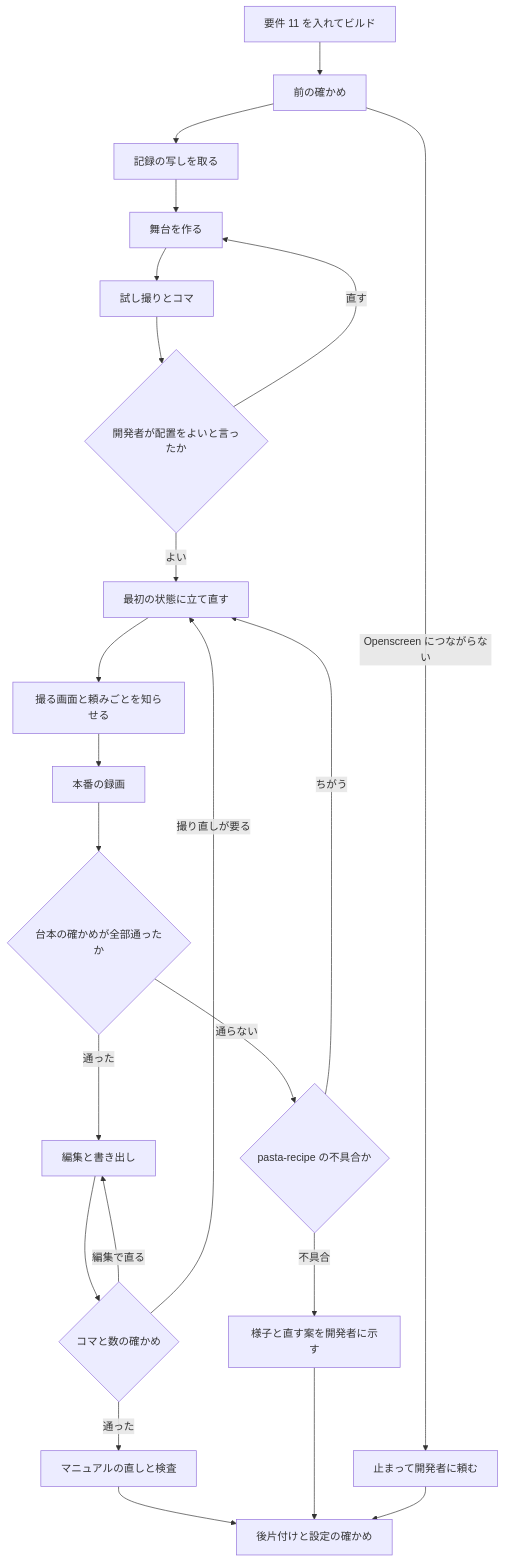
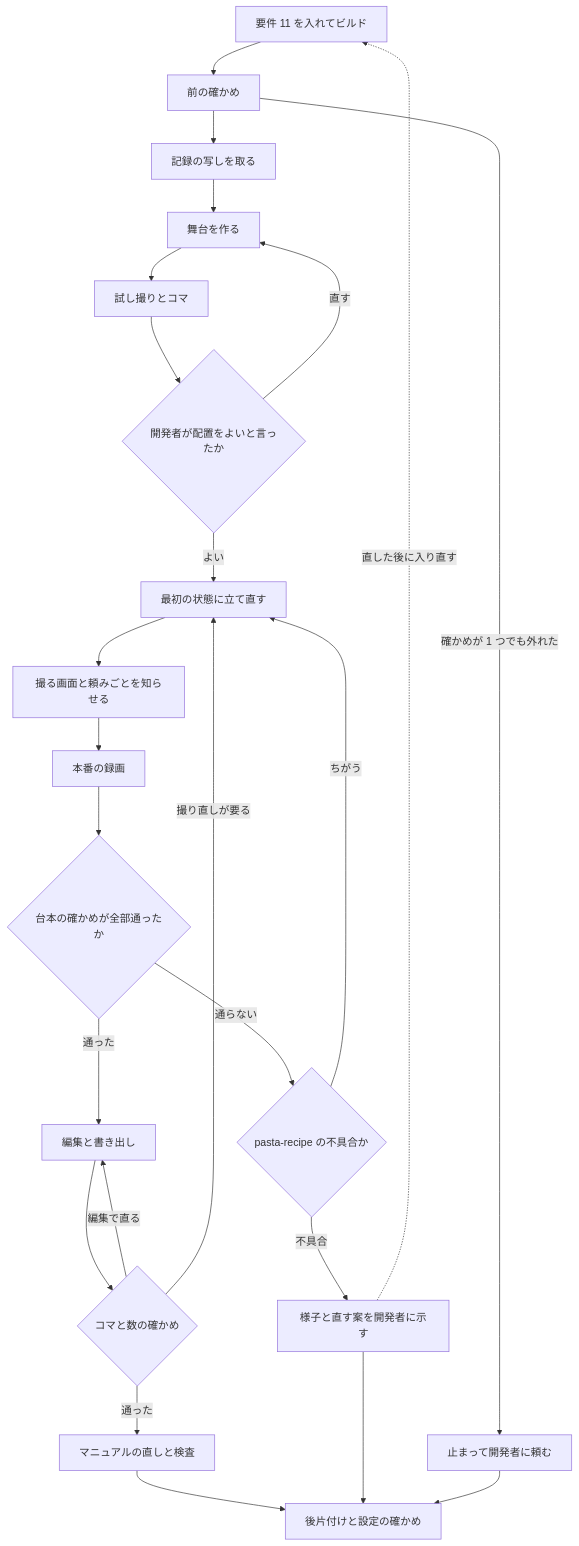
The second of 2 diagrams in .kiro/specs/recipe-demo-video/design.md (ekicyou/pasta), drawn with Mermaid before and after one commit. The commit also changed other lines of this file and 1 other file, not shown here.

````diff
--- a/.kiro/specs/recipe-demo-video/design.md
+++ b/.kiro/specs/recipe-demo-video/design.md
@@ -213,25 +214,26 @@
 ```mermaid
 flowchart TD
     Build[要件 11 を入れてビルド] --> Pre[前の確かめ]
-    Pre -->|Openscreen につながらない| Stop[止まって開発者に頼む]
+    Pre -->|確かめが 1 つでも外れた| Stop[止まって開発者に頼む]
     Pre --> Backup[記録の写しを取る]
     Backup --> Stage[舞台を作る]
     Stage --> Trial[試し撮りとコマ]
     Trial --> Ask{開発者が配置をよいと言ったか}
     Ask -->|直す| Stage
     Ask -->|よい| Reset[最初の状態に立て直す]
     Reset --> Notice[撮る画面と頼みごとを知らせる]
     Notice --> Rec[本番の録画]
     Rec --> Ok{台本の確かめが全部通ったか}
     Ok -->|通らない| Why{pasta-recipe の不具合か}
     Why -->|不具合| Defect[様子と直す案を開発者に示す]
     Why -->|ちがう| Reset
     Ok -->|通った| Edit[編集と書き出し]
     Edit --> Frames{コマと数の確かめ}
     Frames -->|編集で直る| Edit
     Frames -->|撮り直しが要る| Reset
     Frames -->|通った| Docs[マニュアルの直しと検査]
     Docs --> Clean[後片付けと設定の確かめ]
     Defect --> Clean
+    Defect -.->|直した後に入り直す| Build
     Stop --> Clean
 ```
````
